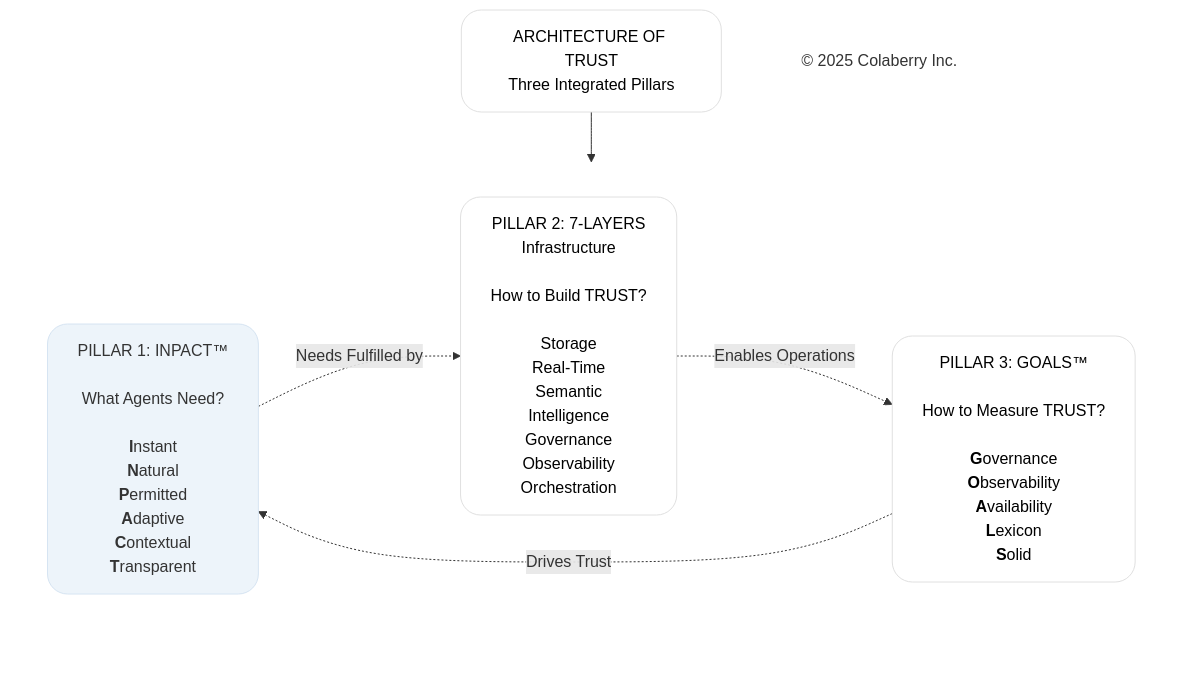
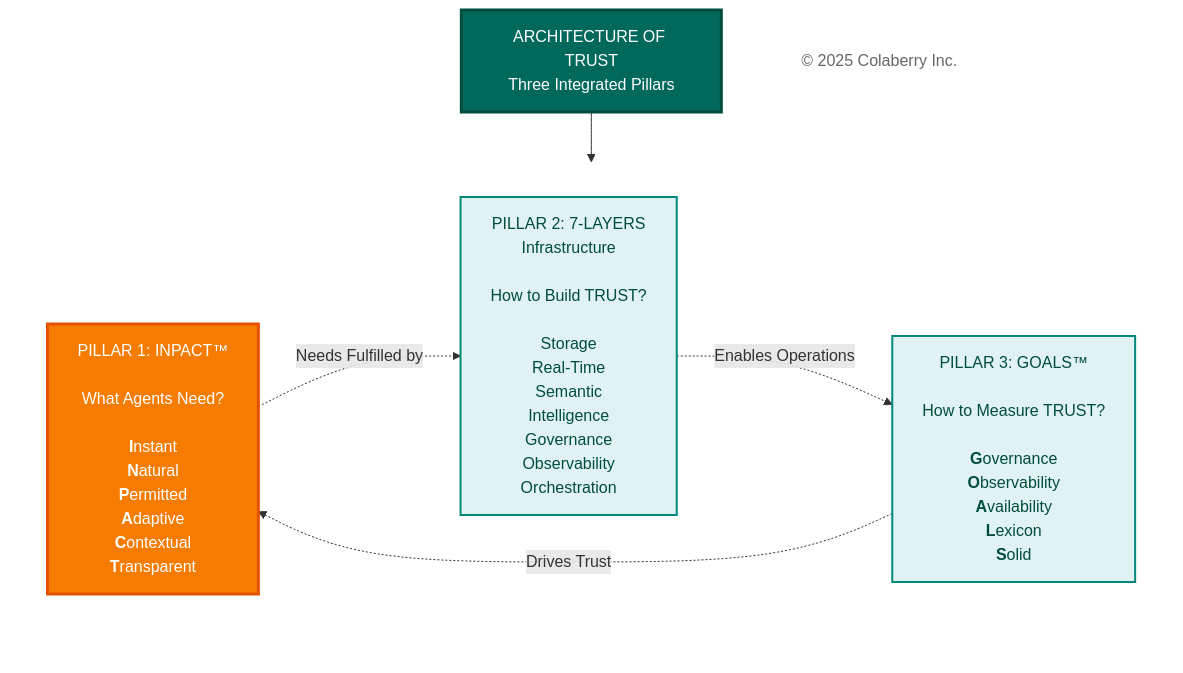
One commit to saitejesh-cyber/trust-before-intelligence-book changed the second of 12 diagrams in manuscript/03_chapter_2_inpact_framework.md. Above: the diagram before and after it, drawn with Mermaid. The commit also changed other lines of this file and 12 other files, not shown here.

Commit message:
Restore legacy Mermaid styles for Option 1

````diff
--- a/manuscript/03_chapter_2_inpact_framework.md
+++ b/manuscript/03_chapter_2_inpact_framework.md
@@ -64,33 +64,33 @@
 ```mermaid
 
 
 graph TB
     Title["ARCHITECTURE OF TRUST<br/>Three Integrated Pillars"]
     
     subgraph PILLARS[" "]
         direction LR
         INPACT["PILLAR 1: INPACT™<br/><br/>What Agents Need?<br/><br/><b>I</b>nstant<br/><b>N</b>atural<br/><b>P</b>ermitted<br/><b>A</b>daptive<br/><b>C</b>ontextual<br/><b>T</b>ransparent"]
         
         Layers["PILLAR 2: 7-LAYERS<br/>Infrastructure<br/><br/>How to Build TRUST?<br/><br/>Storage<br/>Real-Time<br/>Semantic<br/>Intelligence<br/>Governance<br/>Observability<br/>Orchestration"]
         
         GOALS["PILLAR 3: GOALS™<br/><br/>How to Measure TRUST?<br/><br/><b>G</b>overnance<br/><b>O</b>bservability<br/><b>A</b>vailability<br/><b>L</b>exicon<br/><b>S</b>olid"]
     end
     
     Copyright["© 2025 Colaberry Inc."]
     
     Title --> PILLARS
     
     INPACT -.->|"Needs Fulfilled by"| Layers
     Layers -.->|"Enables Operations"| GOALS
     GOALS -.->|"Drives Trust"| INPACT
     
-    style Title fill:#ffffff,stroke:#e0e0e0,stroke-width:1px,color:#000000,rx:20,ry:20
+    style Title fill:#00695c,color:#ffffff,stroke:#004d40,stroke-width:3px
     style PILLARS fill:none,stroke:none
-        style INPACT fill:#edf4fa,stroke:#d6e4f2,stroke-width:1px,color:#333333,rx:20,ry:20
-        style Layers fill:#ffffff,stroke:#e0e0e0,stroke-width:1px,color:#000000,rx:20,ry:20
-        style GOALS fill:#ffffff,stroke:#e0e0e0,stroke-width:1px,color:#000000,rx:20,ry:20
-    style Copyright fill:none,stroke:none,color:#333333
+    style INPACT fill:#f57c00,stroke:#e65100,stroke-width:3px,color:#ffffff
+    style Layers fill:#e0f2f1,stroke:#00897b,stroke-width:2px,color:#004d40
+    style GOALS fill:#e0f2f1,stroke:#00897b,stroke-width:2px,color:#004d40
+    style Copyright fill:#ffffff,stroke:none,color:#666666
 
 
 
 ```
````
